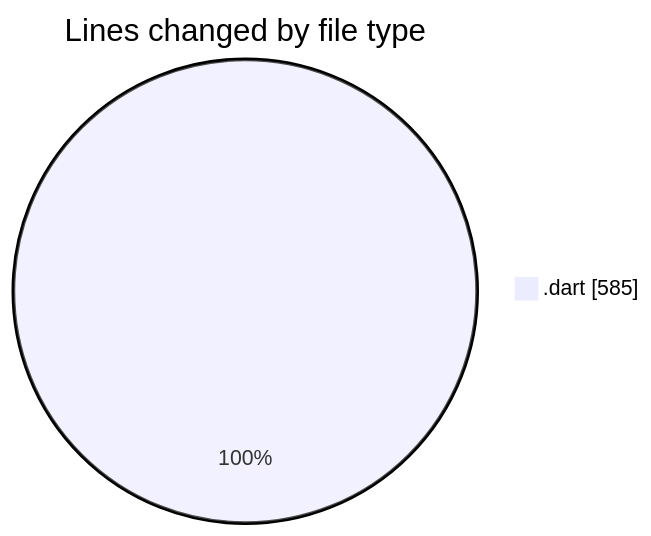
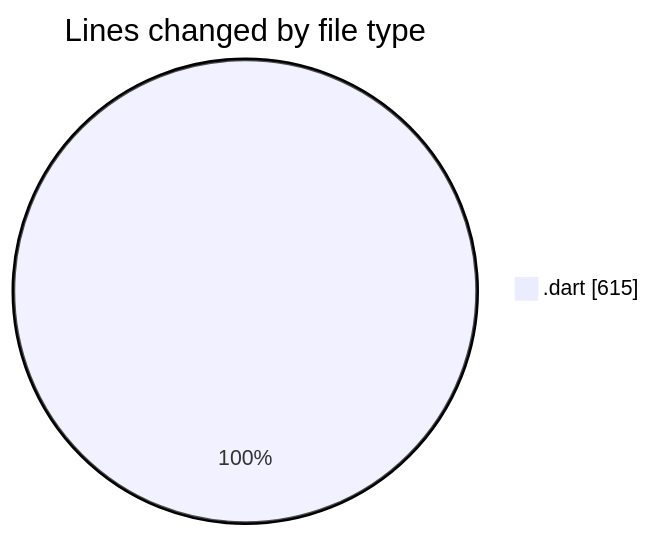
One commit to donsfak/code-tracking changed the first of 2 diagrams in 2025-01-14/trackers_app/README.md. Above: the diagram before and after it, drawn with Mermaid. The commit also changed other lines of this file and 1 other file, not shown here.

````diff
--- a/2025-01-14/trackers_app/README.md
+++ b/2025-01-14/trackers_app/README.md
@@ -28,5 +28,5 @@
 ```mermaid
 pie showData
 title Lines changed by file type
-".dart" : 585
+".dart" : 615
 ```
````
